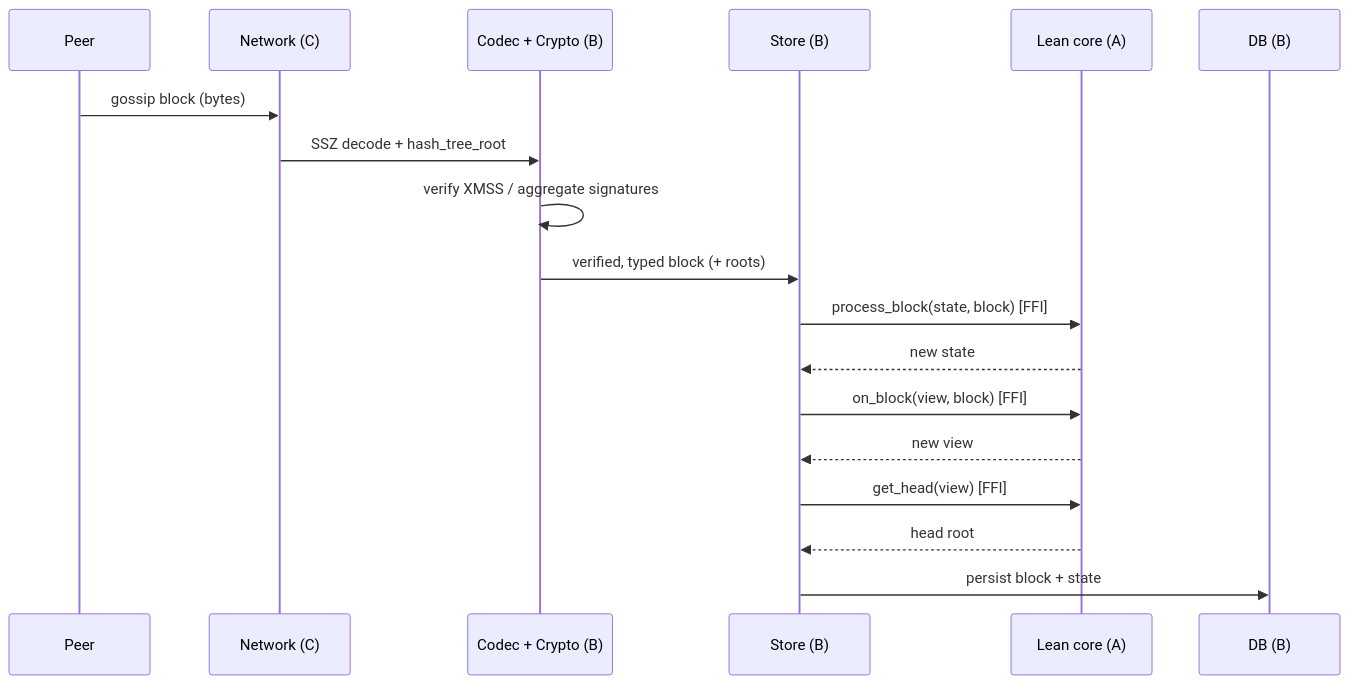
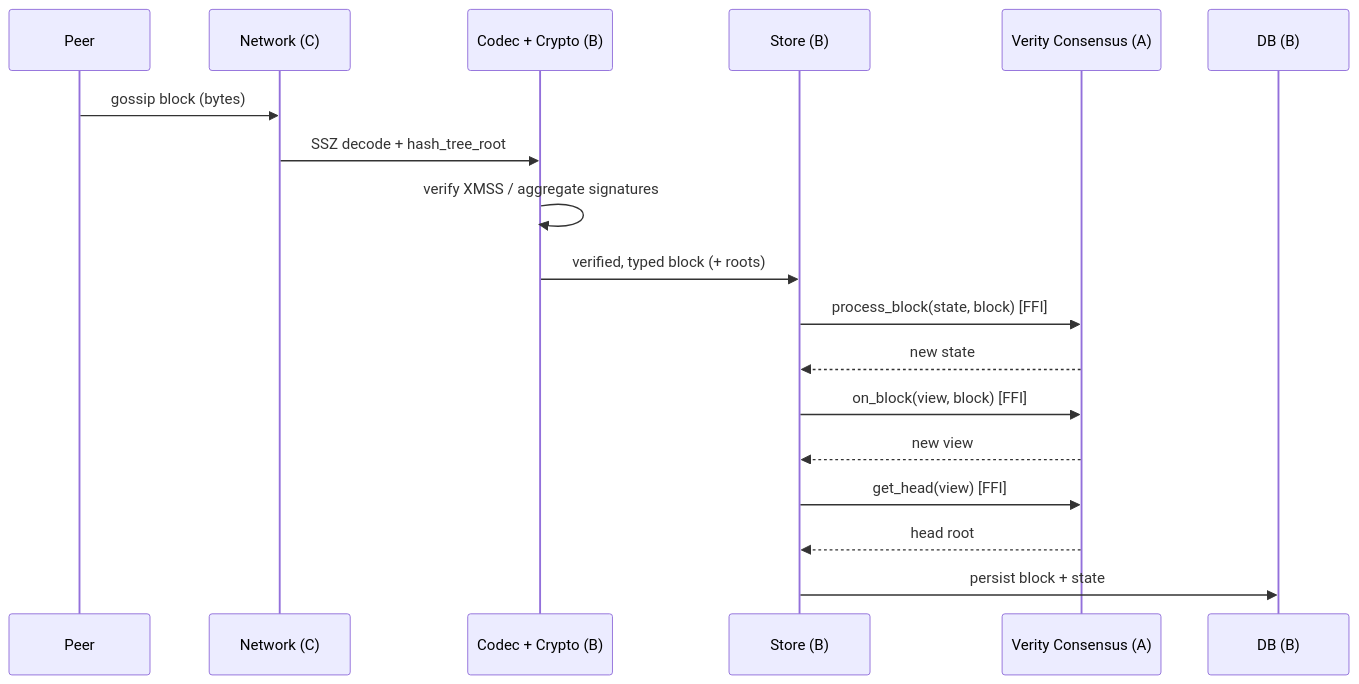
One commit to NyxFoundation/verity changed the second of 3 diagrams in ARCHITECTURE.md. Above: the diagram before and after it, drawn with Mermaid. The commit also changed other lines of this file and 28 other files, not shown here.

````diff
--- a/ARCHITECTURE.md
+++ b/ARCHITECTURE.md
@@ -82,20 +82,20 @@
 ```mermaid
 sequenceDiagram
     participant P as Peer
     participant N as Network (C)
     participant K as Codec + Crypto (B)
     participant S as Store (B)
-    participant L as Lean core (A)
+    participant L as Verity Consensus (A)
     participant D as DB (B)
     P->>N: gossip block (bytes)
     N->>K: SSZ decode + hash_tree_root
     K->>K: verify XMSS / aggregate signatures
     K->>S: verified, typed block (+ roots)
     S->>L: process_block(state, block)  [FFI]
     L-->>S: new state
     S->>L: on_block(view, block)  [FFI]
     L-->>S: new view
     S->>L: get_head(view)  [FFI]
     L-->>S: head root
     S->>D: persist block + state
 ```
````
